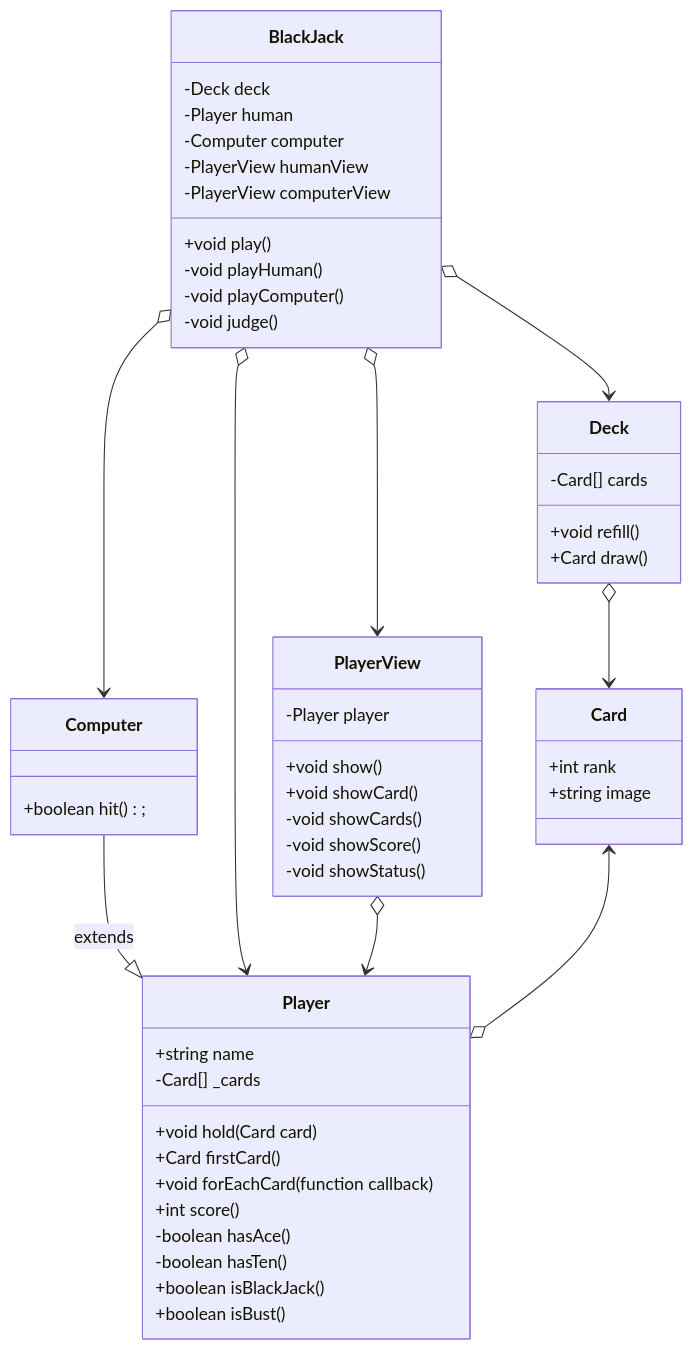
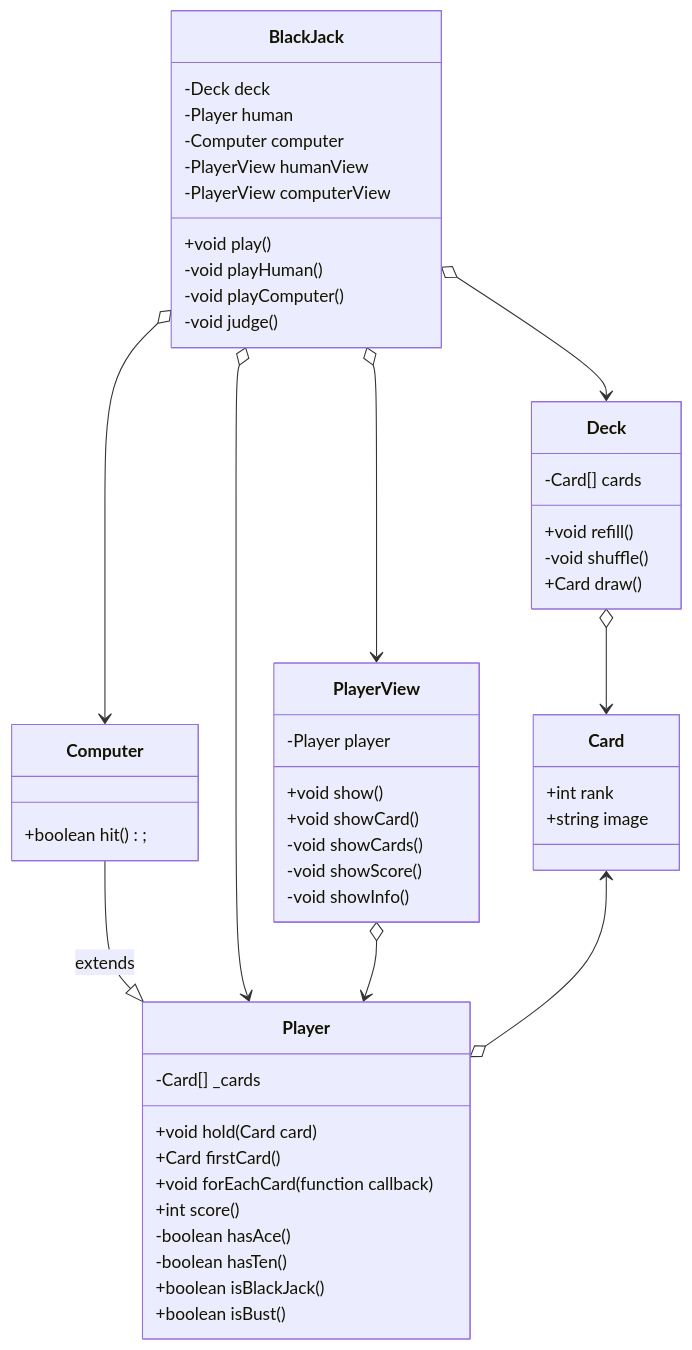
One commit to shiracamus/webBlackJack changed the diagram in classes.md. Above: the diagram before and after it, drawn with Mermaid. The commit also changed 3 other files, not shown here.

````diff
--- a/classes.md
+++ b/classes.md
@@ -43,61 +43,61 @@
 ```mermaid
 classDiagram
 
 class Card {
     +int rank
     +string image
 }
 
 class Deck {
     -Card[] cards
     +void refill()
+    -void shuffle()
     +Card draw()
 }
 
 class Player {
-    +string name
     -Card[] _cards
     +void hold(Card card)
     +Card firstCard()
     +void forEachCard(function callback)
     +int score()
     -boolean hasAce()
     -boolean hasTen()
     +boolean isBlackJack()
     +boolean isBust()
 }
 
 class Computer {
     +boolean hit();
 }
 
 class BlackJack {
     -Deck deck
     -Player human
     -Computer computer
     -PlayerView humanView
     -PlayerView computerView
     +void play()
     -void playHuman()
     -void playComputer()
     -void judge()
 }
 
 class PlayerView {
     -Player player
     +void show()
     +void showCard()
     -void showCards()
     -void showScore()
-    -void showStatus()
+    -void showInfo()
 }
 
 Computer --|> Player : extends
 BlackJack o--> Deck
 BlackJack o--> Player
 BlackJack o--> Computer
 BlackJack o--> PlayerView
 PlayerView o--> Player
 Deck o--> Card
 Card <--o Player
 ```
````
